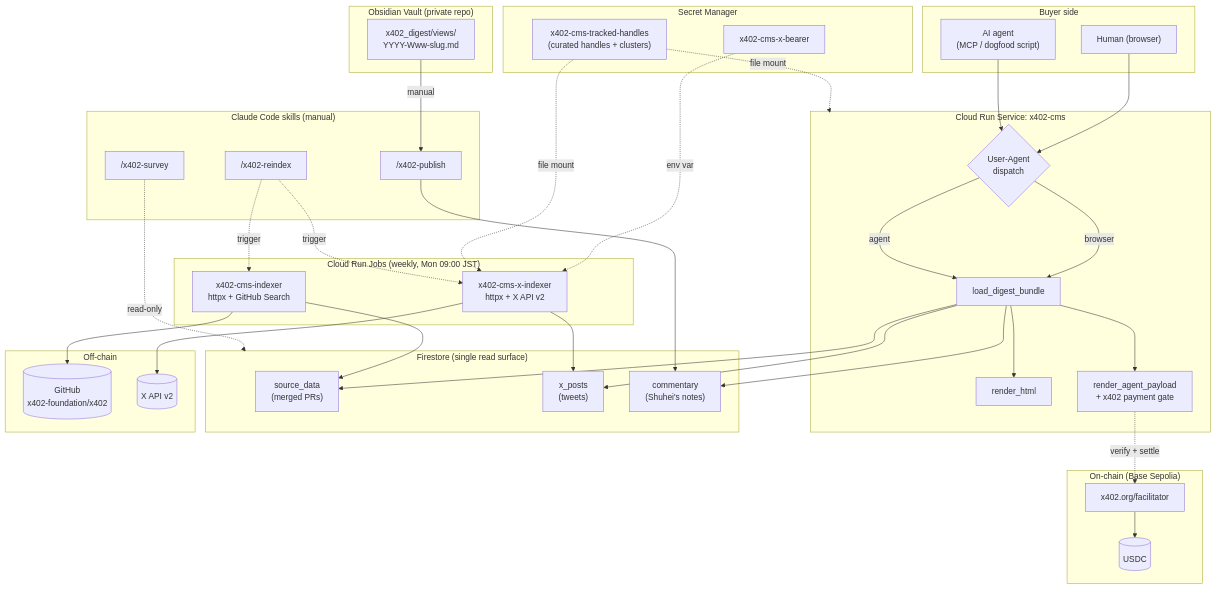
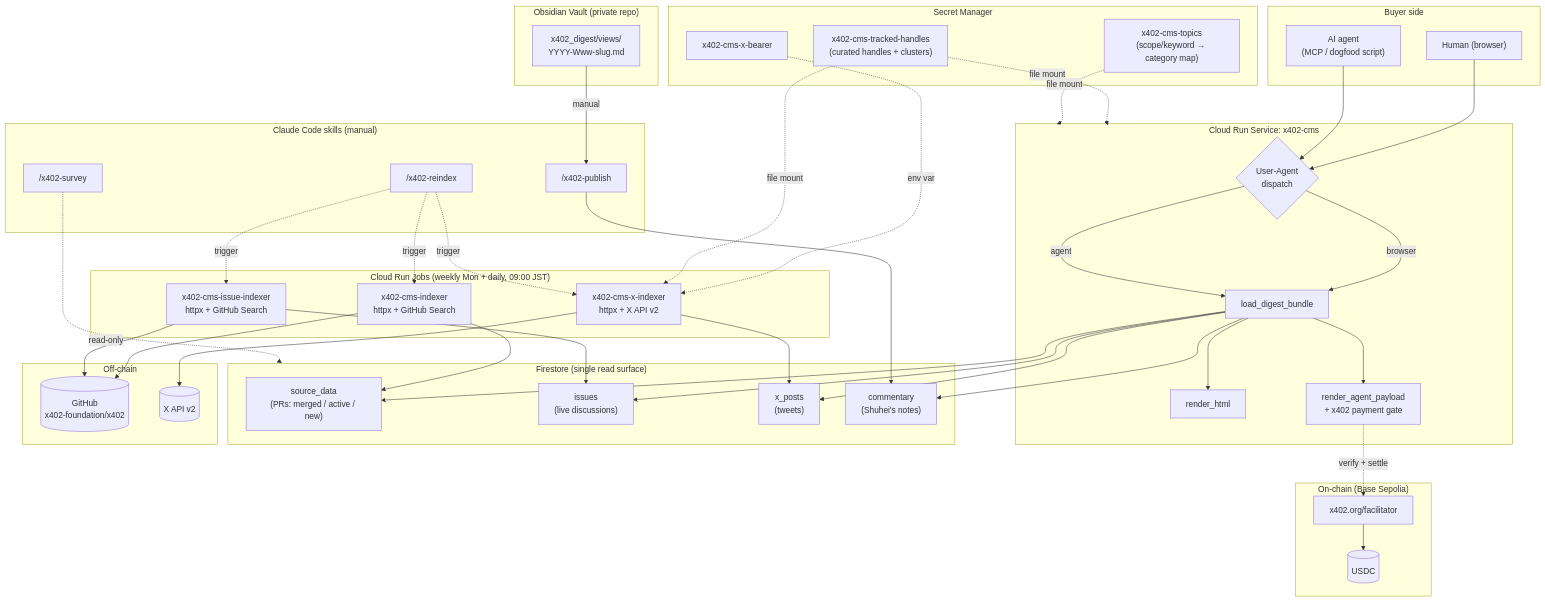
The first of 5 diagrams in docs/architecture.md (shuhei0866/x402-cms), drawn with Mermaid before and after one commit. The commit also changed other lines of this file and 3 other files, not shown here.

First line of the commit message:
docs: refresh README + architecture to the shipped state

```diff
--- a/docs/architecture.md
+++ b/docs/architecture.md
@@ -32,13 +35,15 @@
   end
 
   subgraph FS["Firestore (single read surface)"]
-    SrcCol["source_data<br/>(merged PRs)"]
+    SrcCol["source_data<br/>(PRs: merged / active / new)"]
+    IssueCol["issues<br/>(live discussions)"]
     XCol["x_posts<br/>(tweets)"]
     CommCol["commentary<br/>(Shuhei's notes)"]
   end
 
-  subgraph Jobs["Cloud Run Jobs (weekly, Mon 09:00 JST)"]
+  subgraph Jobs["Cloud Run Jobs (weekly Mon + daily, 09:00 JST)"]
     GHJob["x402-cms-indexer<br/>httpx + GitHub Search"]
+    IssueJob["x402-cms-issue-indexer<br/>httpx + GitHub Search"]
     XJob["x402-cms-x-indexer<br/>httpx + X API v2"]
   end
 
@@ -55,6 +60,7 @@
   subgraph Sec["Secret Manager"]
     Bearer["x402-cms-x-bearer"]
     Handles["x402-cms-tracked-handles<br/>(curated handles + clusters)"]
+    Topics["x402-cms-topics<br/>(scope/keyword → category map)"]
   end
 
   subgraph Off["Off-chain"]
@@ -71,18 +77,23 @@
   Agent --> Dispatch
 
   Bundle --> SrcCol
+  Bundle --> IssueCol
   Bundle --> XCol
   Bundle --> CommCol
   Handles -.->|"file mount"| Service
+  Topics -.->|"file mount"| Service
 
   GHJob --> GitHub
   GHJob --> SrcCol
+  IssueJob --> GitHub
+  IssueJob --> IssueCol
   XJob --> XAPI
   XJob --> XCol
   Bearer -.->|"env var"| XJob
   Handles -.->|"file mount"| XJob
 
   Reindex -.->|"trigger"| GHJob
+  Reindex -.->|"trigger"| IssueJob
   Reindex -.->|"trigger"| XJob
   Survey -.->|"read-only"| FS
   VaultDir -->|"manual"| Publish
```
